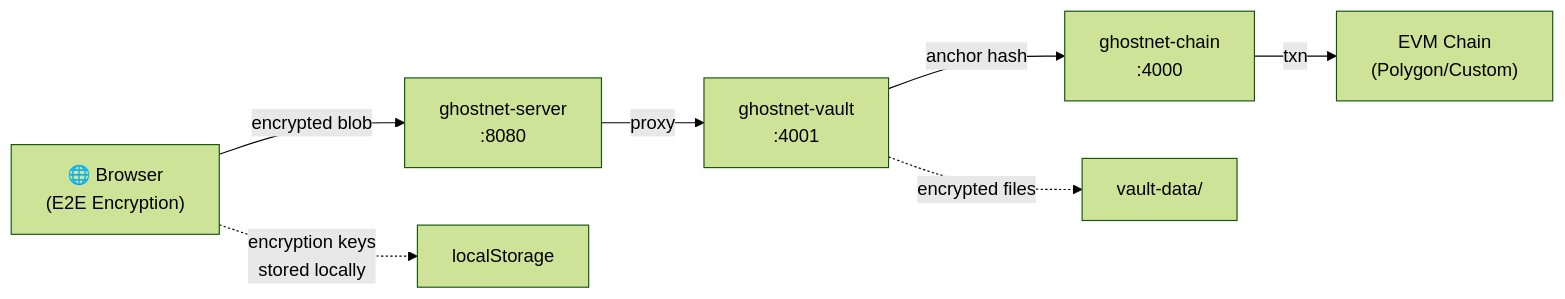
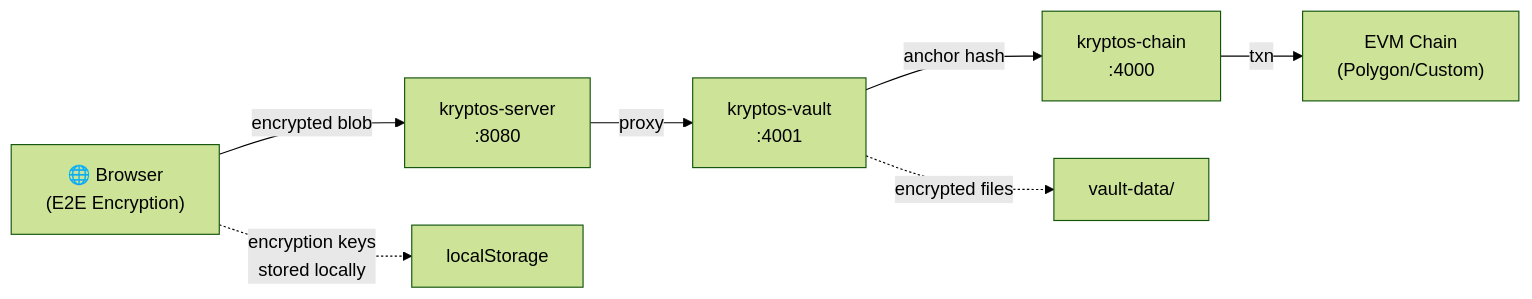
Before and after one commit to mehboii/Kryptos-ghostnet-ji-: the diagram in brain/aae70fa7-bef5-40ba-976a-30a9308dab9c/encrypted_file_vault.md, drawn with Mermaid (forest theme). The commit also changed other lines of this file and 768 other files, not shown here.

````diff
--- a/brain/aae70fa7-bef5-40ba-976a-30a9308dab9c/encrypted_file_vault.md
+++ b/brain/aae70fa7-bef5-40ba-976a-30a9308dab9c/encrypted_file_vault.md
@@ -7,10 +7,10 @@
 ```mermaid
 flowchart LR
-    Browser["🌐 Browser\n(E2E Encryption)"] -->|encrypted blob| Server["ghostnet-server\n:8080"]
-    Server -->|proxy| Vault["ghostnet-vault\n:4001"]
-    Vault -->|anchor hash| Chain["ghostnet-chain\n:4000"]
+    Browser["🌐 Browser\n(E2E Encryption)"] -->|encrypted blob| Server["kryptos-server\n:8080"]
+    Server -->|proxy| Vault["kryptos-vault\n:4001"]
+    Vault -->|anchor hash| Chain["kryptos-chain\n:4000"]
     Chain -->|txn| EVM["EVM Chain\n(Polygon/Custom)"]
     
     Browser -.->|encryption keys\nstored locally| localStorage
     Vault -.->|encrypted files| Disk["vault-data/"]
 ```
````
